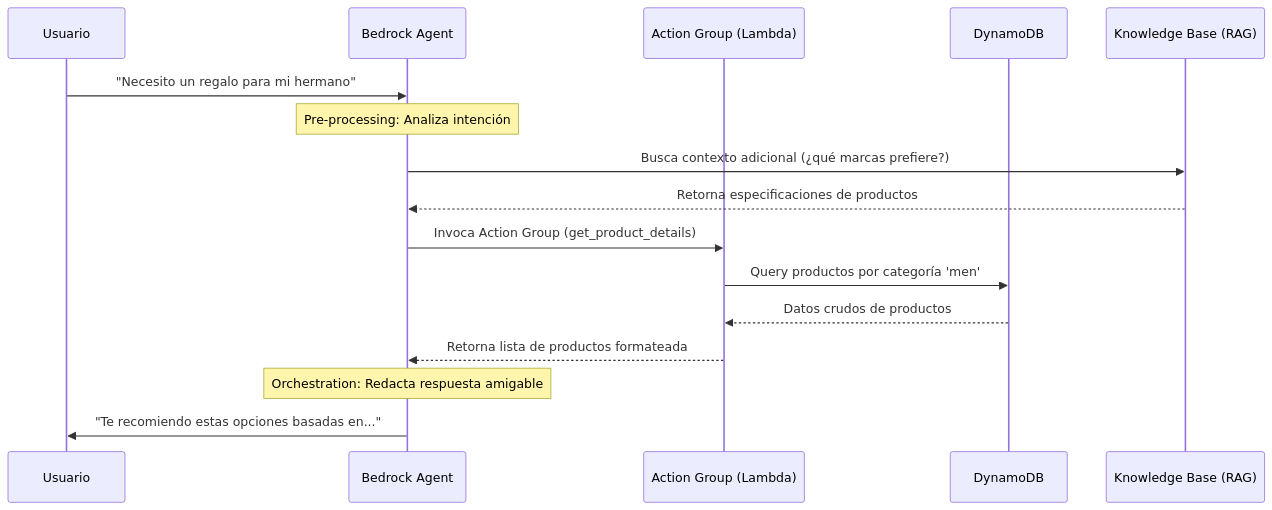
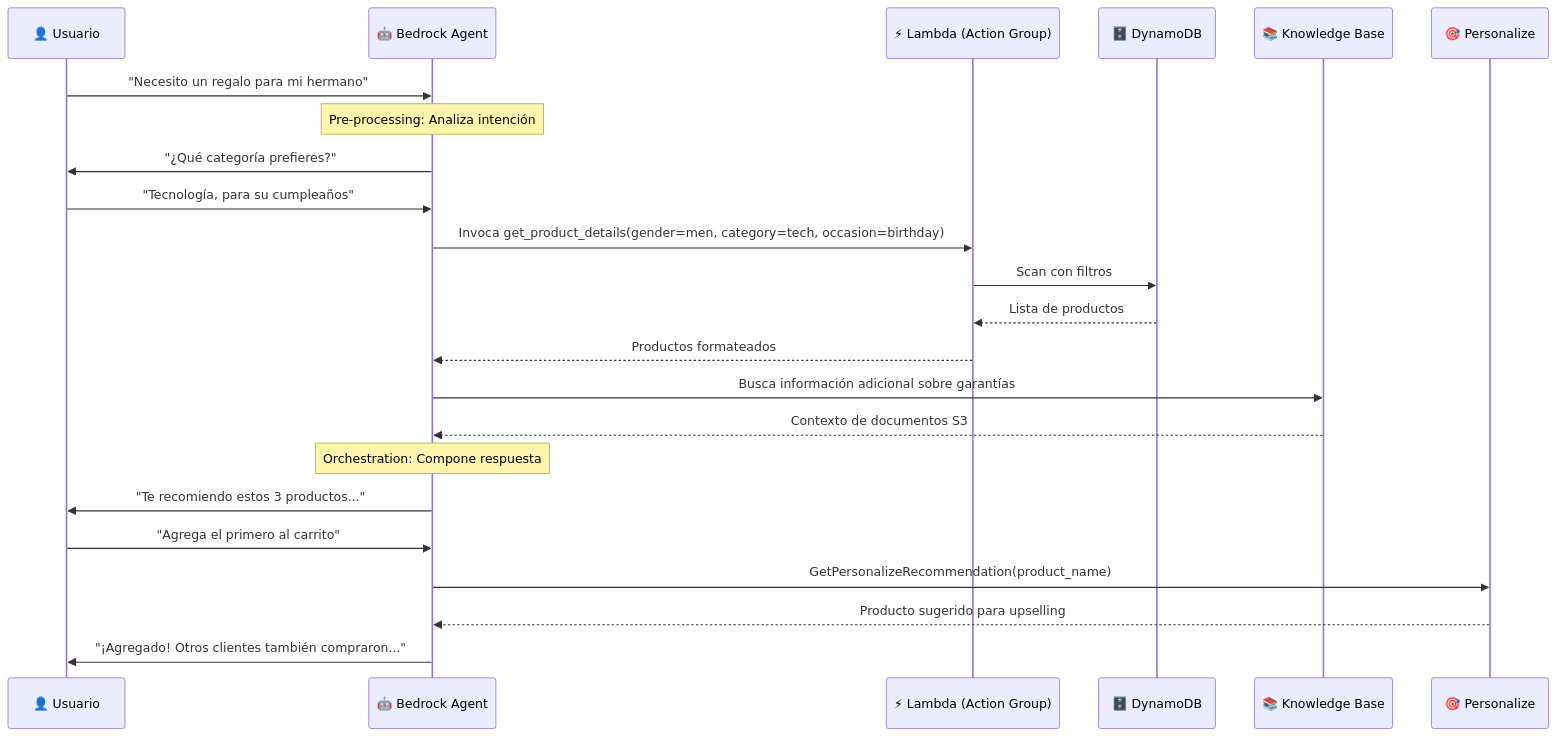
One commit to Paulo-Gutierrez-cloud/solution-arquitech- changed the diagram in workshops/01-bedrock-product-recommender/README.md. Above: the diagram before and after it, drawn with Mermaid. The commit also changed other lines of this file and 4 other files, not shown here.

Commit message:
Major upgrade: Professional repo structure with architecture diagram, security, troubleshooting, LICENSE

````diff
--- a/workshops/01-bedrock-product-recommender/README.md
+++ b/workshops/01-bedrock-product-recommender/README.md
@@ -39,19 +96,30 @@
 ```mermaid
 sequenceDiagram
-    participant U as Usuario
-    participant A as Bedrock Agent
-    participant L as Action Group (Lambda)
-    participant D as DynamoDB
-    participant KB as Knowledge Base (RAG)
+    participant U as 👤 Usuario
+    participant A as 🤖 Bedrock Agent
+    participant L as ⚡ Lambda (Action Group)
+    participant D as 🗄️ DynamoDB
+    participant KB as 📚 Knowledge Base
+    participant P as 🎯 Personalize
 
     U->>A: "Necesito un regalo para mi hermano"
     Note over A: Pre-processing: Analiza intención
-    A->>KB: Busca contexto adicional (¿qué marcas prefiere?)
-    KB-->>A: Retorna especificaciones de productos
-    A->>L: Invoca Action Group (get_product_details)
-    L->>D: Query productos por categoría 'men'
-    D-->>L: Datos crudos de productos
-    L-->>A: Retorna lista de productos formateada
-    Note over A: Orchestration: Redacta respuesta amigable
-    A->>U: "Te recomiendo estas opciones basadas en..."
+    A->>U: "¿Qué categoría prefieres?"
+    U->>A: "Tecnología, para su cumpleaños"
+    
+    A->>L: Invoca get_product_details(gender=men, category=tech, occasion=birthday)
+    L->>D: Scan con filtros
+    D-->>L: Lista de productos
+    L-->>A: Productos formateados
+    
+    A->>KB: Busca información adicional sobre garantías
+    KB-->>A: Contexto de documentos S3
+    
+    Note over A: Orchestration: Compone respuesta
+    A->>U: "Te recomiendo estos 3 productos..."
+    
+    U->>A: "Agrega el primero al carrito"
+    A->>P: GetPersonalizeRecommendation(product_name)
+    P-->>A: Producto sugerido para upselling
+    A->>U: "¡Agregado! Otros clientes también compraron..."
 ```
````
